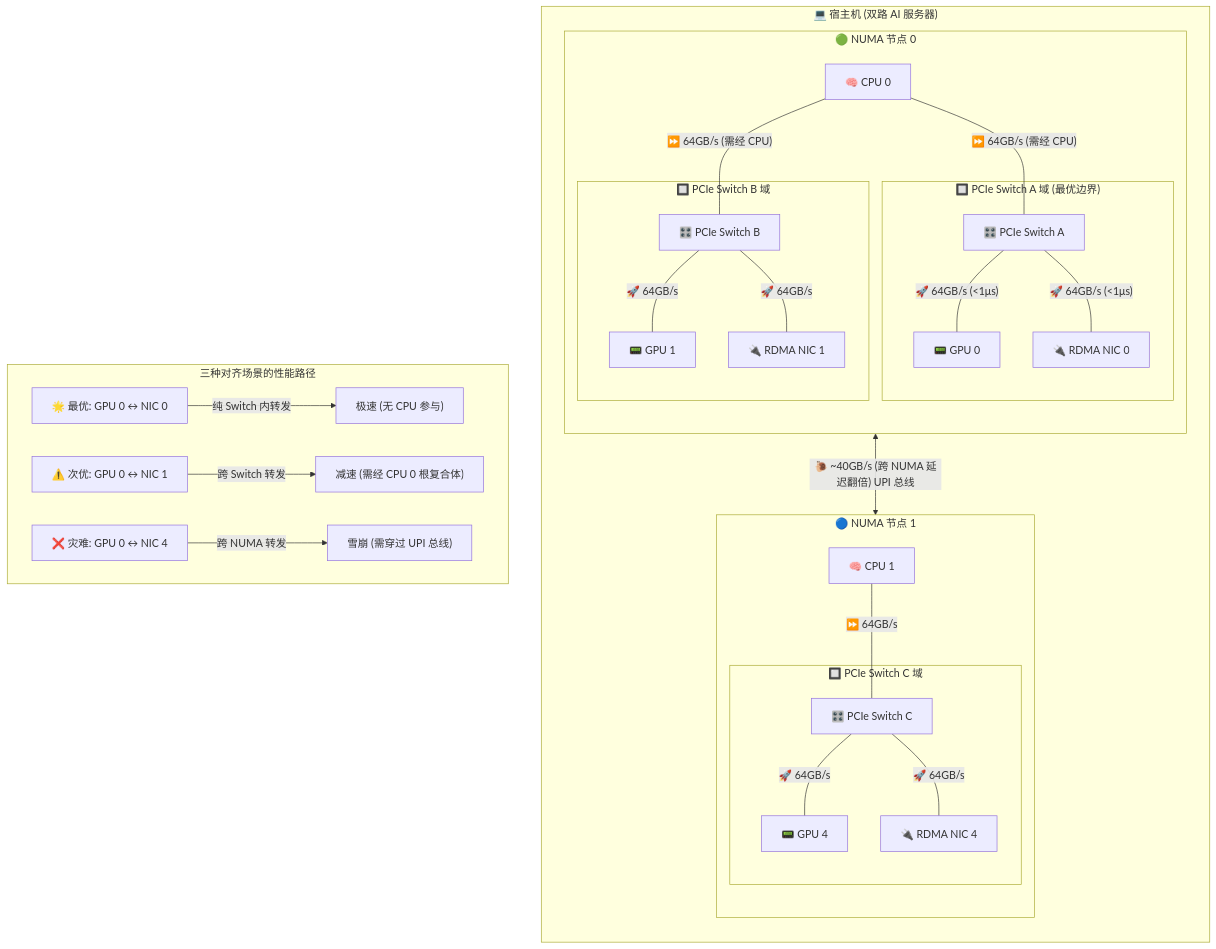
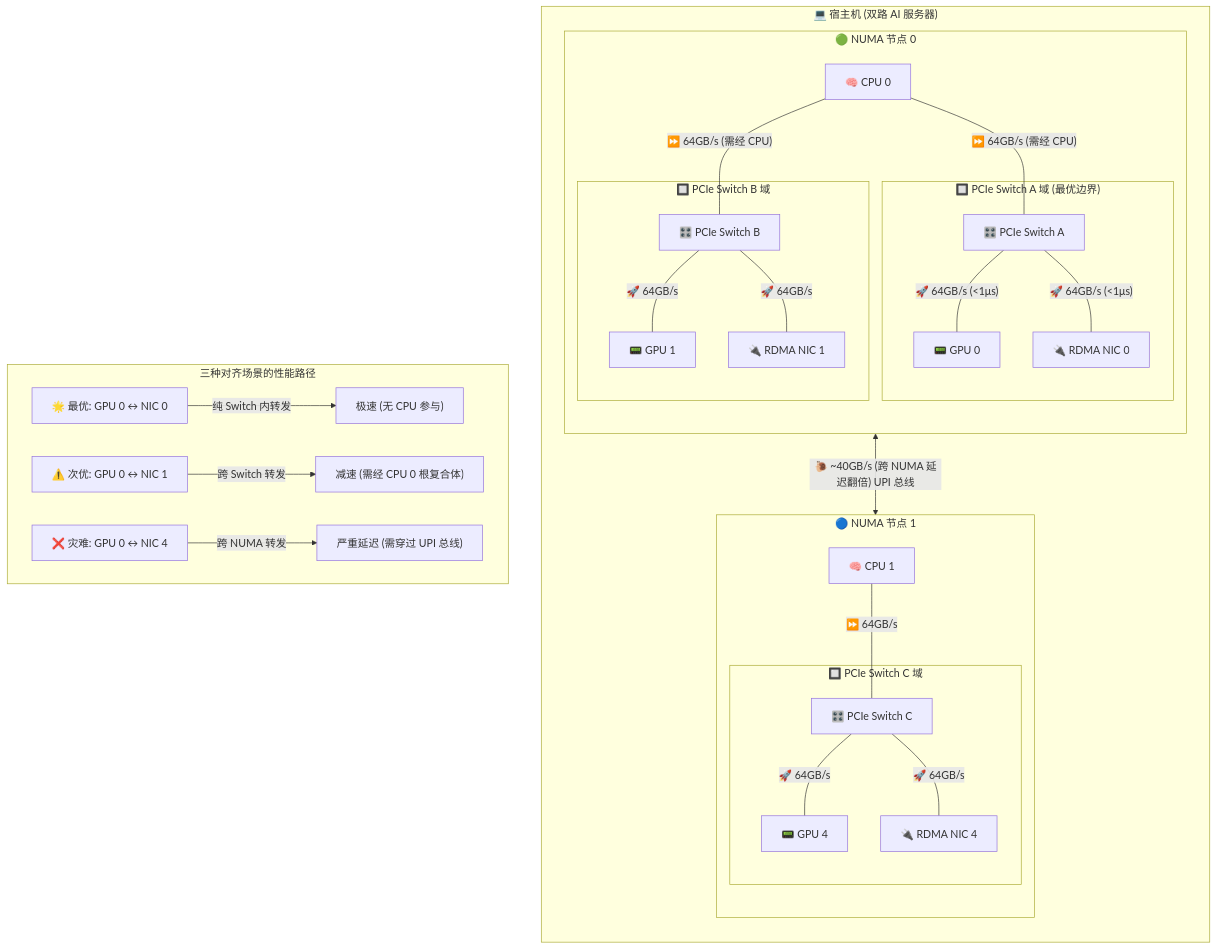
Before and after one commit to Random-Liu/llm-inference-principle-to-production: the third of 5 diagrams in parts/part5_k8s.cn.md, drawn with Mermaid. The commit also changed other lines of this file and 1 other file, not shown here.

````diff
--- a/parts/part5_k8s.cn.md
+++ b/parts/part5_k8s.cn.md
@@ -312,52 +308,52 @@
 ```mermaid
 graph TD
     subgraph "💻 宿主机 (双路 AI 服务器)"
         direction TB
         
         subgraph "🟢 NUMA 节点 0"
             direction TB
             CPU0["🧠 CPU 0"]
             
             subgraph "🔲 PCIe Switch A 域 (最优边界)"
                 SwitchA["🎛️ PCIe Switch A"]
                 GPU0["📟 GPU 0"]
                 NIC0["🔌 RDMA NIC 0"]
                 SwitchA ---|"🚀 64GB/s (<1μs)"| GPU0
                 SwitchA ---|"🚀 64GB/s (<1μs)"| NIC0
             end
             
             subgraph "🔲 PCIe Switch B 域"
                 SwitchB["🎛️ PCIe Switch B"]
                 GPU1["📟 GPU 1"]
                 NIC1["🔌 RDMA NIC 1"]
                 SwitchB ---|"🚀 64GB/s"| GPU1
                 SwitchB ---|"🚀 64GB/s"| NIC1
             end
             
             CPU0 ---|"⏩ 64GB/s (需经 CPU)"| SwitchA
             CPU0 ---|"⏩ 64GB/s (需经 CPU)"| SwitchB
         end
         
         subgraph "🔵 NUMA 节点 1"
             direction TB
             CPU1["🧠 CPU 1"]
             subgraph "🔲 PCIe Switch C 域"
                 SwitchC["🎛️ PCIe Switch C"]
                 GPU4["📟 GPU 4"]
                 NIC4["🔌 RDMA NIC 4"]
                 SwitchC ---|"🚀 64GB/s"| GPU4
                 SwitchC ---|"🚀 64GB/s"| NIC4
             end
             CPU1 ---|"⏩ 64GB/s"| SwitchC
         end
         
         CPU0 <-->|"🐌 ~40GB/s (跨 NUMA 延迟翻倍) UPI 总线"| CPU1
     end
 
     subgraph "三种对齐场景的性能路径"
         direction LR
         Path1["🌟 最优: GPU 0 ↔ NIC 0"] -->|"纯 Switch 内转发"| Res1["极速 (无 CPU 参与)"]
         Path2["⚠️ 次优: GPU 0 ↔ NIC 1"] -->|"跨 Switch 转发"| Res2["减速 (需经 CPU 0 根复合体)"]
-        Path3["❌ 灾难: GPU 0 ↔ NIC 4"] -->|"跨 NUMA 转发"| Res3["雪崩 (需穿过 UPI 总线)"]
+        Path3["❌ 灾难: GPU 0 ↔ NIC 4"] -->|"跨 NUMA 转发"| Res3["严重延迟 (需穿过 UPI 总线)"]
     end
 ```
````
